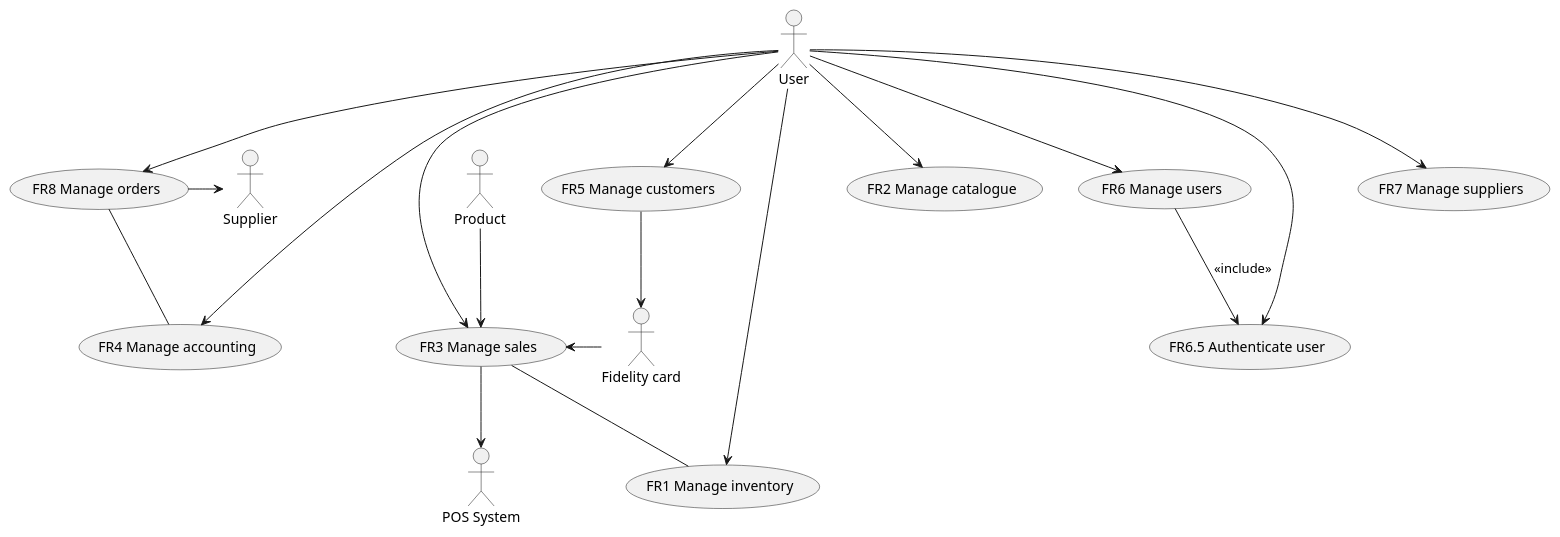
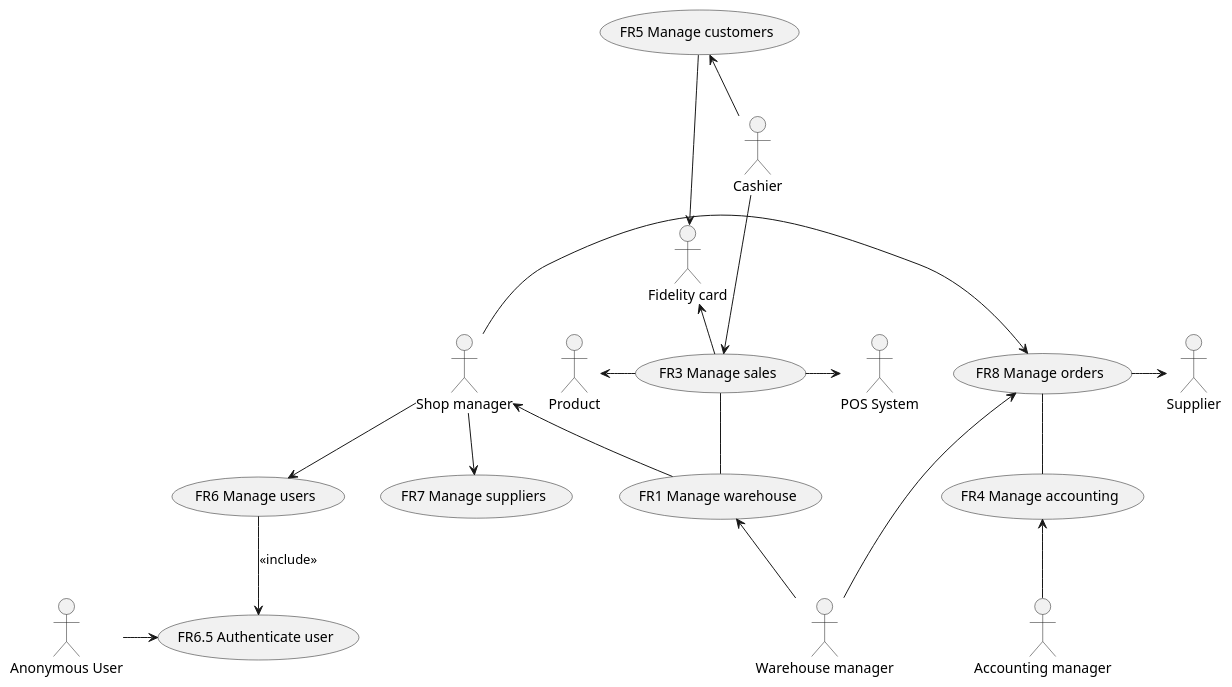
The second of 5 diagrams in Deliverables/RequirementsDocument.md (BMike10/EzShop), drawn with PlantUML before and after one commit. The commit also changed other lines of this file and 3 other files, not shown here.

```diff
--- a/Deliverables/RequirementsDocument.md
+++ b/Deliverables/RequirementsDocument.md
@@ -243,69 +243,66 @@
 	@startuml usecase_diagram
 		' use cases
-		usecase "FR1 Manage inventory" as mi
-		usecase "FR2 Manage catalogue" as mca
+		usecase "FR1 Manage warehouse" as mi
+		'usecase "FR2 Manage catalogue" as mca
 		usecase "FR3 Manage sales" as ms
 		usecase "FR4 Manage accounting" as ma
 		usecase "FR5 Manage customers" as mc
 		usecase "FR6 Manage users" as mu
 		usecase "FR7 Manage suppliers" as msu
 		usecase "FR8 Manage orders" as mo
 		usecase "FR6.5 Authenticate user" as mua	
 
 		' actors
 		actor :Supplier: as s
 		actor :POS System: as ccs
 		actor :Fidelity card: as fc	
 
-		''' actor :Shop manager: as sm
-		''' actor :Cashier: as cr
-		''' actor :Accounting manager: as am
-		''' actor :Warehouse manager: as wm
-		''' variant with only the end user
-		actor :User: as u
-		u --> mi
-		u --> mca
-		u --> ms
-		u --> ma
-		u --> mc
-		u --> mu
-		u --> msu
-		u --> mo
-		u --> mua
+		actor :Shop manager: as sm
+		actor :Cashier: as cr
+		actor :Accounting manager: as am
+		actor :Warehouse manager: as wm
+		'variant with only the end user
+		actor :Anonymous User: as u
+		'u --> mi
+		'u --> mca
+		'u --> ms
+		'u --> ma
+		'u --> mc
+		'u --> mu
+		'u --> msu
+		'u --> mo
+		u -> mua
 
 		' associations
 		mu --> mua: <<include>>
 		ms -- mi
 		mo -- ma
 		''' shop manager 
-		''' sm --> mu
-		''' ' sm --> ma
-		''' ' sm --> mi
-		''' ' sm --> mc
-		''' ' sm --> ms
-		''' sm --> msu
-		''' sm -> mo
-		''' ' sm --> mca
-		''' ' accounting manager
-		''' ma <-- am
-		''' ' cashier
-		''' ' mi <-- cr
-		''' cr --> ms
-		''' mc <-- cr
-		''' ' warehouse manager
-		''' mi <-- wm
-		''' mca <-- wm
+		 sm --> mu
+		 ' sm --> ma
+		  sm <-- mi
+		 ' sm --> mc
+		 ' sm --> ms
+		 sm --> msu
+		 sm -> mo
+		 ' sm --> mca
+		 ' accounting manager
+		 ma <-- am
+		 ' cashier
+		 ' mi <-- cr
+		 cr --> ms
+		 mc <-- cr
+		 ' warehouse manager
+		 mi <-- wm
+		 'wm -> mca
+		 mo <-- wm
 		
 		' POS system
-		ms --> ccs
+		ms -> ccs
 		' supplier 
 		mo -> s
 		' fidelity card
 		mc --> fc
-		''' ' if we choose barcode reader and laser beam scanner external
-		''' :Cash register: --> ms
-		''' :Laser beam scanner: --> ms
-		' if we choose barcode reader and laser beam scanner internal
-		:Product: --> ms
-		fc -> ms
+		:Product: <- ms
+		fc <- ms
 	@enduml
```
